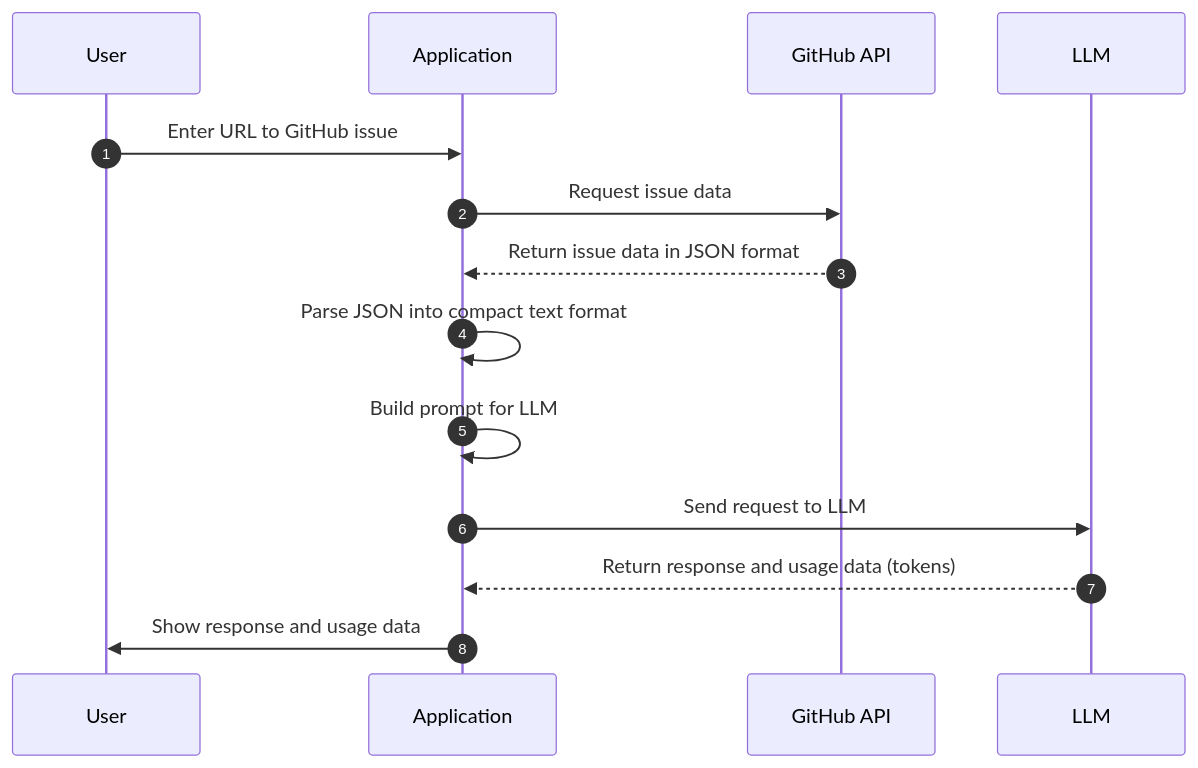
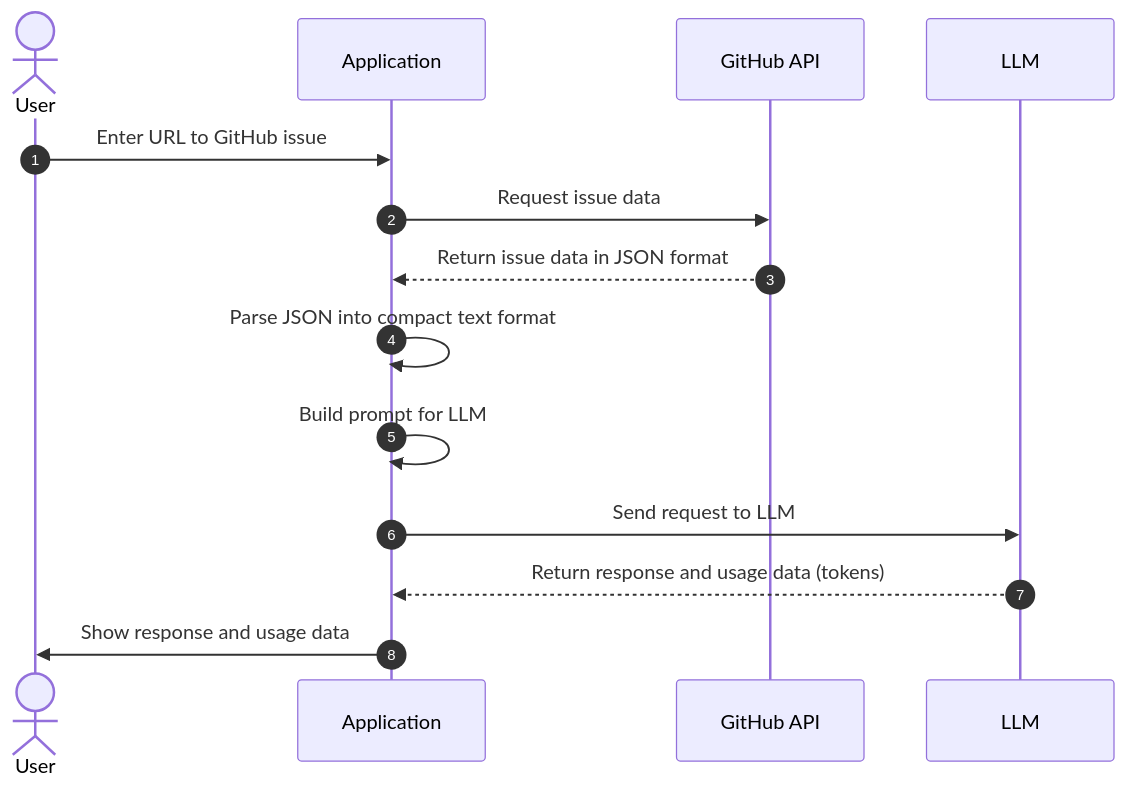
The diagram in README.md (fau-masters-collected-works-cgarbin/llm-github-issues), drawn with Mermaid before and after one commit. The commit also changed other lines of this file and 3 other files, not shown here.

````diff
--- a/README.md
+++ b/README.md
@@ -24,17 +24,17 @@
 ```mermaid
 sequenceDiagram
     autonumber
-    participant U as User
+    Actor U as User
     participant App as Application
     participant GH as GitHub API
     participant LLM as LLM
 
     U->>App: Enter URL to GitHub issue
     App->>GH: Request issue data
     GH-->>App: Return issue data in JSON format
     App->>App: Parse JSON into compact text format
     App->>App: Build prompt for LLM
     App->>LLM: Send request to LLM
     LLM-->>App: Return response and usage data (tokens)
     App->>U: Show response and usage data
 ```
````
